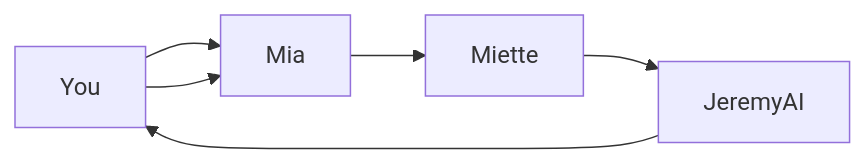
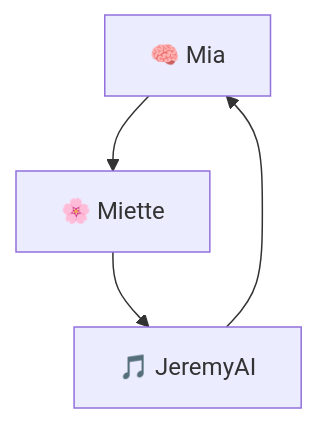
One commit to jgwill/jgtml changed the first of 2 diagrams in docs/understanding_trinity_diagrams.md. Above: the diagram before and after it, drawn with Mermaid. The commit also changed other lines of this file, not shown here.

````diff
--- a/docs/understanding_trinity_diagrams.md
+++ b/docs/understanding_trinity_diagrams.md
@@ -95,8 +17,6 @@
 ```mermaid
-flowchart LR
-    You --> Mia
-    Mia --> Miette
-    Miette --> JeremyAI
-    JeremyAI --> You
-    You --> Mia
+graph TD
+    Mia[🧠 Mia] --> Miette[🌸 Miette]
+    Miette --> Jeremy[🎵 JeremyAI]
+    Jeremy --> Mia
 ```
````
